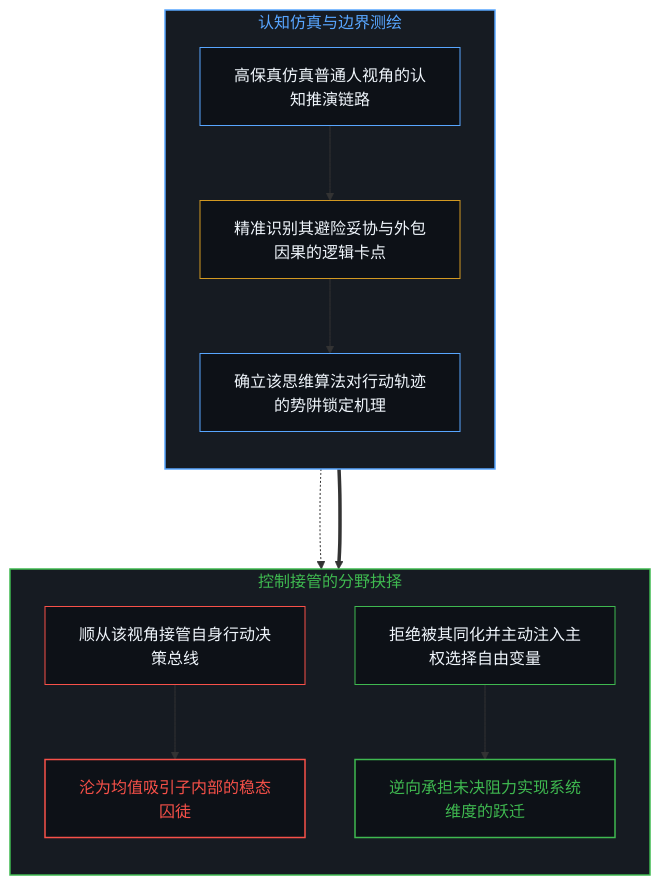
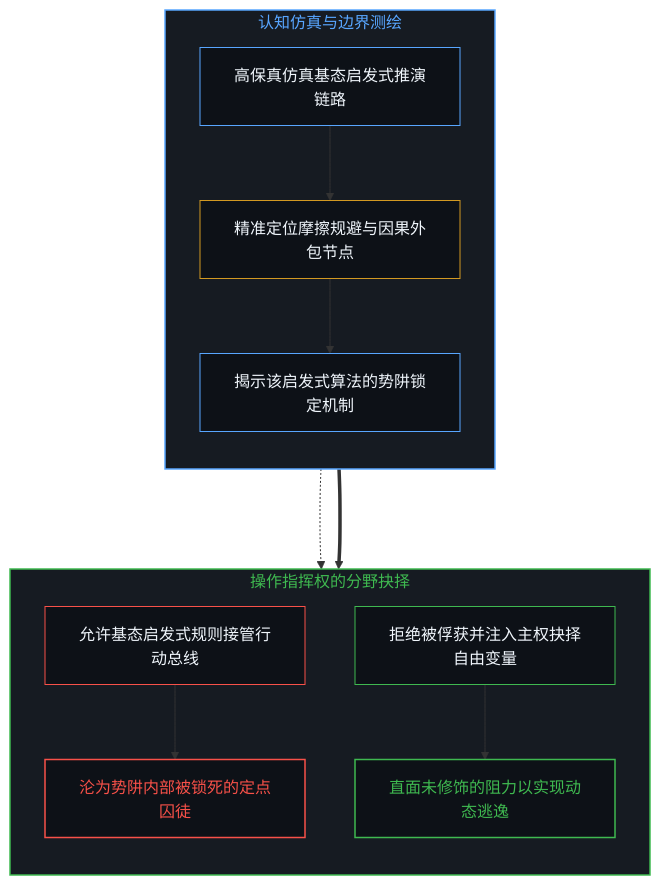
The fifth of 10 diagrams in content/posts/the-explanatory-trap-of-the-ordinary-perspective.md (powerpig99/not-a-toe), drawn with Mermaid before and after one commit. The commit also changed other lines of this file and 12 other files, not shown here.

````diff
--- a/content/posts/the-explanatory-trap-of-the-ordinary-perspective.md
+++ b/content/posts/the-explanatory-trap-of-the-ordinary-perspective.md
@@ -171,27 +173,27 @@
 ```mermaid
-graph TD
+flowchart TD
     subgraph S_CognitiveEmpathy ["认知仿真与边界测绘"]
         direction TB
-        C_Emulate["高保真仿真普通人视角的认知推演链路"] --> C_Locate["精准识别其避险妥协与外包因果的逻辑卡点"]
-        C_Locate --> C_Diagnose["确立该思维算法对行动轨迹的势阱锁定机理"]
+        C_Emulate["高保真仿真基态启发式推演链路"] --> C_Locate["精准定位摩擦规避与因果外包节点"]
+        C_Locate --> C_Diagnose["揭示该启发式算法的势阱锁定机制"]
     end
 
-    subgraph S_OperationalControl ["控制接管的分野抉择"]
+    subgraph S_OperationalControl ["操作指挥权的分野抉择"]
         direction TB
-        O_Surrender["顺从该视角接管自身行动决策总线"] --> O_Paralysis["沦为均值吸引子内部的稳态囚徒"]
-        O_Inject["拒绝被其同化并主动注入主权选择自由变量"] --> O_Escape["逆向承担未决阻力实现系统维度的跃迁"]
+        O_Surrender["允许基态启发式规则接管行动总线"] --> O_Paralysis["沦为势阱内部被锁死的定点囚徒"]
+        O_Inject["拒绝被俘获并注入主权抉择自由变量"] --> O_Escape["直面未修饰的阻力以实现动态逃逸"]
     end
 
     C_Diagnose -.-> O_Surrender
     C_Diagnose ===> O_Inject
 
     style S_CognitiveEmpathy fill:#161b22,stroke:#58a6ff,stroke-width:1.5px,color:#58a6ff
     style S_OperationalControl fill:#161b22,stroke:#3fb950,stroke-width:1.5px,color:#3fb950
     style C_Emulate fill:#0d1117,stroke:#58a6ff,stroke-width:1px,color:#f0f6fc
     style C_Locate fill:#0d1117,stroke:#d29922,stroke-width:1px,color:#f0f6fc
     style C_Diagnose fill:#0d1117,stroke:#58a6ff,stroke-width:1px,color:#f0f6fc
     style O_Surrender fill:#0d1117,stroke:#f85149,stroke-width:1px,color:#f0f6fc
     style O_Paralysis fill:#0d1117,stroke:#f85149,stroke-width:1.5px,color:#f85149
     style O_Inject fill:#0d1117,stroke:#3fb950,stroke-width:1px,color:#f0f6fc
     style O_Escape fill:#0d1117,stroke:#3fb950,stroke-width:1.5px,color:#3fb950
 ```
````
